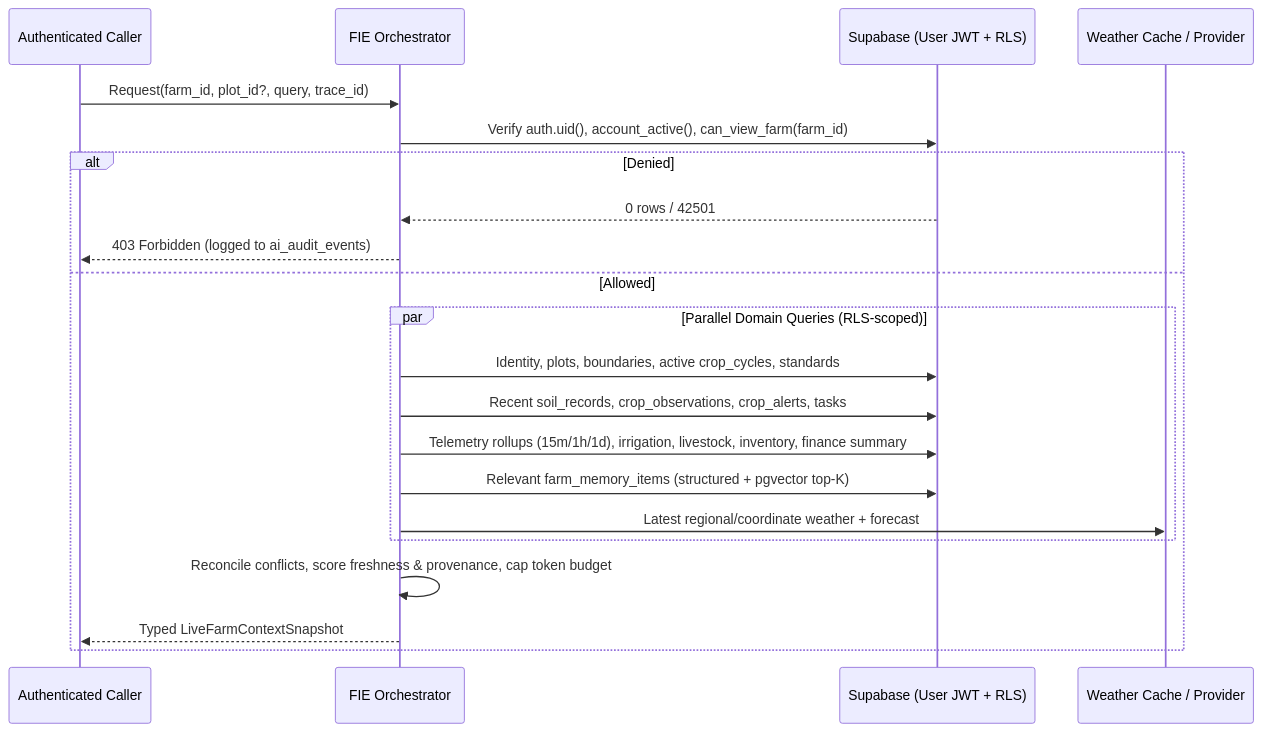
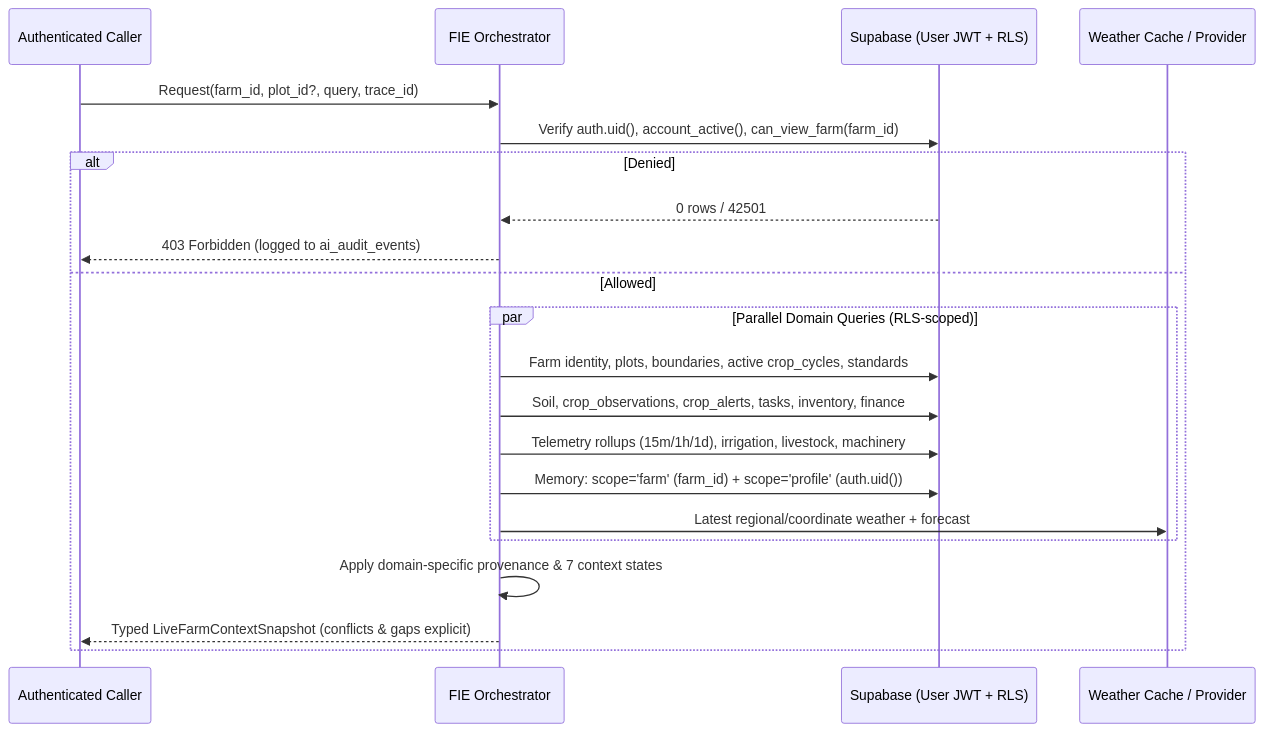
Before and after one commit to farmconnect-ux/cultivanode: the second of 4 diagrams in docs/architecture/batch-03/BATCH_03_0_TARGET_ARCHITECTURE.md, drawn with Mermaid. The commit also changed other lines of this file and 10 other files, not shown here.

Commit message:
docs(architecture): resolve Batch 03.0 review findings

````diff
--- a/docs/architecture/batch-03/BATCH_03_0_TARGET_ARCHITECTURE.md
+++ b/docs/architecture/batch-03/BATCH_03_0_TARGET_ARCHITECTURE.md
@@ -56,24 +62,24 @@
 ```mermaid
 sequenceDiagram
   participant Caller as Authenticated Caller
   participant Orch as FIE Orchestrator
   participant DB as Supabase (User JWT + RLS)
   participant Wx as Weather Cache / Provider
 
   Caller->>Orch: Request(farm_id, plot_id?, query, trace_id)
   Orch->>DB: Verify auth.uid(), account_active(), can_view_farm(farm_id)
   alt Denied
     DB-->>Orch: 0 rows / 42501
     Orch-->>Caller: 403 Forbidden (logged to ai_audit_events)
   else Allowed
     par Parallel Domain Queries (RLS-scoped)
-      Orch->>DB: Identity, plots, boundaries, active crop_cycles, standards
-      Orch->>DB: Recent soil_records, crop_observations, crop_alerts, tasks
-      Orch->>DB: Telemetry rollups (15m/1h/1d), irrigation, livestock, inventory, finance summary
-      Orch->>DB: Relevant farm_memory_items (structured + pgvector top-K)
+      Orch->>DB: Farm identity, plots, boundaries, active crop_cycles, standards
+      Orch->>DB: Soil, crop_observations, crop_alerts, tasks, inventory, finance
+      Orch->>DB: Telemetry rollups (15m/1h/1d), irrigation, livestock, machinery
+      Orch->>DB: Memory: scope='farm' (farm_id) + scope='profile' (auth.uid())
       Orch->>Wx: Latest regional/coordinate weather + forecast
     end
-    Orch->>Orch: Reconcile conflicts, score freshness & provenance, cap token budget
-    Orch-->>Caller: Typed LiveFarmContextSnapshot
+    Orch->>Orch: Apply domain-specific provenance & 7 context states
+    Orch-->>Caller: Typed LiveFarmContextSnapshot (conflicts & gaps explicit)
   end
 ```
````
